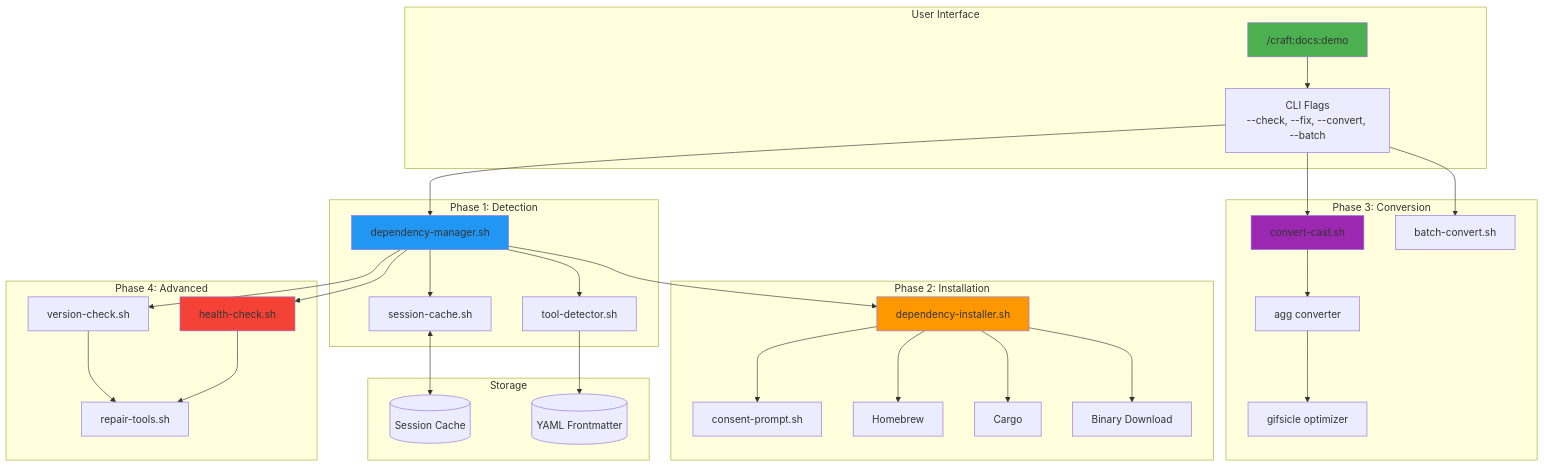
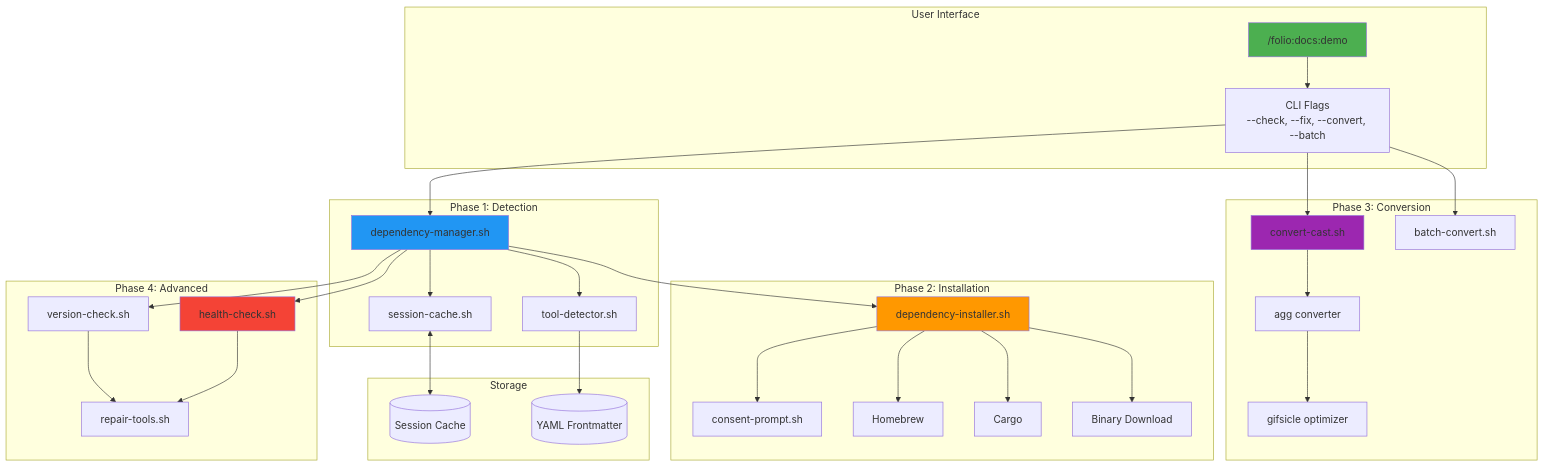
Before and after one commit to Data-Wise/craft: the first of 18 diagrams in docs/DEPENDENCY-ARCHITECTURE.md, drawn with Mermaid. The commit also changed other lines of this file and 64 other files, not shown here.

````diff
--- a/docs/DEPENDENCY-ARCHITECTURE.md
+++ b/docs/DEPENDENCY-ARCHITECTURE.md
@@ -19,68 +19,68 @@
 ```mermaid
 graph TB
     subgraph "User Interface"
-        CMD["/craft:docs:demo"]
+        CMD["/folio:docs:demo"]
         CLI["CLI Flags<br/>--check, --fix, --convert, --batch"]
     end
 
     subgraph "Phase 1: Detection"
         DM[dependency-manager.sh]
         TD[tool-detector.sh]
         SC[session-cache.sh]
     end
 
     subgraph "Phase 2: Installation"
         DI[dependency-installer.sh]
         CP[consent-prompt.sh]
         BREW[Homebrew]
         CARGO[Cargo]
         BINARY[Binary Download]
     end
 
     subgraph "Phase 3: Conversion"
         CC[convert-cast.sh]
         BC[batch-convert.sh]
         AGG[agg converter]
         GIF[gifsicle optimizer]
     end
 
     subgraph "Phase 4: Advanced"
         HC[health-check.sh]
         VC[version-check.sh]
         RT[repair-tools.sh]
     end
 
     subgraph "Storage"
         CACHE[(Session Cache)]
         YAML[(YAML Frontmatter)]
     end
 
     CMD --> CLI
     CLI --> DM
     DM --> TD
     DM --> SC
     SC <--> CACHE
     TD --> YAML
 
     DM --> DI
     DI --> CP
     DI --> BREW
     DI --> CARGO
     DI --> BINARY
 
     DM --> HC
     DM --> VC
     HC --> RT
     VC --> RT
 
     CLI --> CC
     CLI --> BC
     CC --> AGG
     AGG --> GIF
 
     style CMD fill:#4CAF50
     style DM fill:#2196F3
     style DI fill:#FF9800
     style CC fill:#9C27B0
     style HC fill:#F44336
 ```
````
